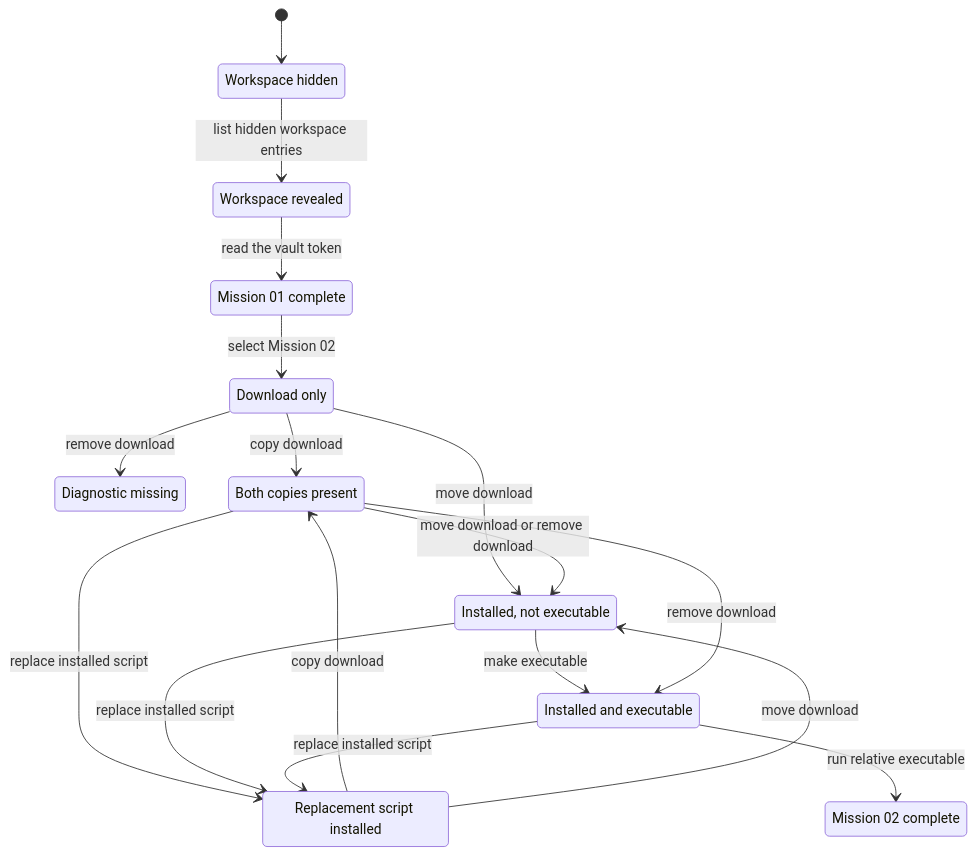
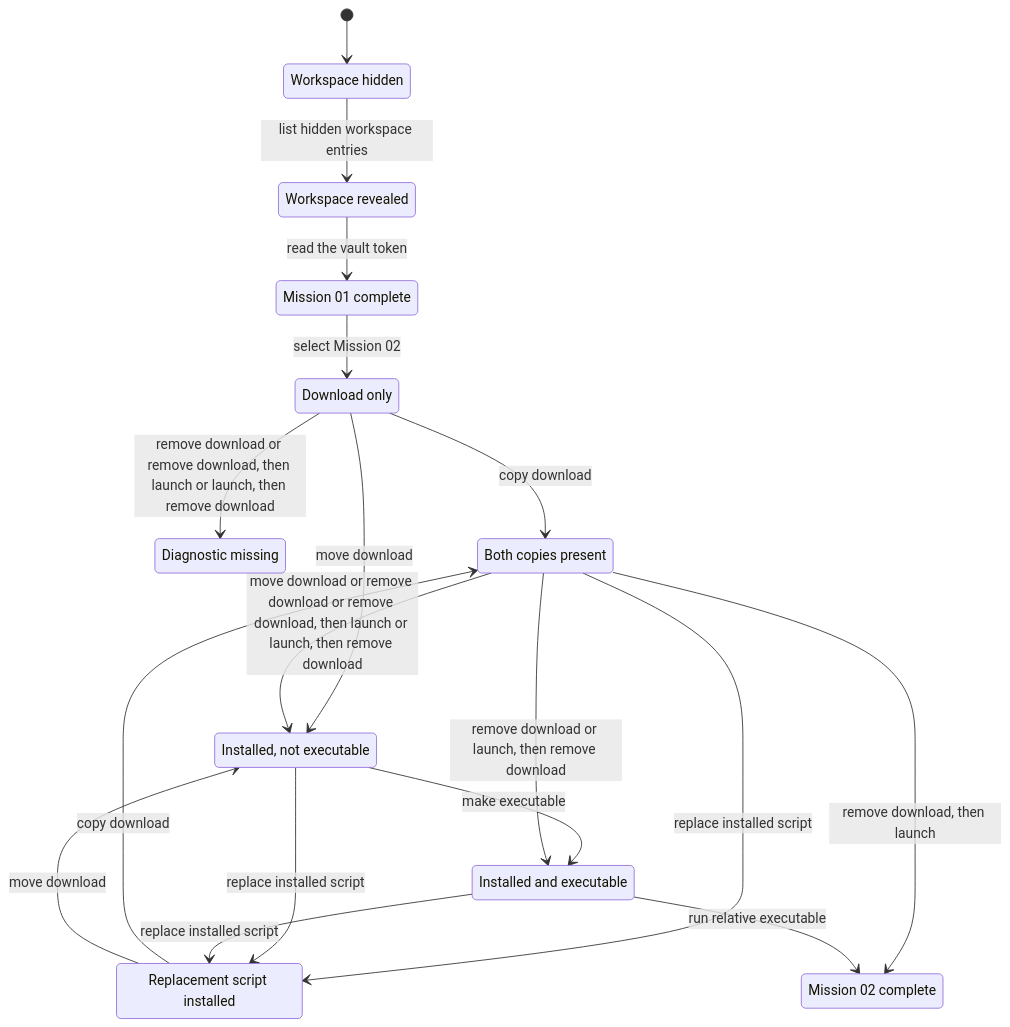
One commit to hkust-asc/linux-quest changed the first of 3 diagrams in formal/Mission/charts.md. Above: the diagram before and after it, drawn with Mermaid. The commit also changed other lines of this file and 10 other files, not shown here.

Commit message:
Check Mission 02 download presence at launch

````diff
--- a/formal/Mission/charts.md
+++ b/formal/Mission/charts.md
@@ -5,29 +5,30 @@
 ```mermaid
 stateDiagram-v2
   s0: Workspace hidden
   s1: Workspace revealed
   s2: Mission 01 complete
   s3: Download only
   s4: Diagnostic missing
   s5: Both copies present
   s6: Installed, not executable
   s7: Replacement script installed
   s8: Installed and executable
   s9: Mission 02 complete
   [*] --> s0
   s0 --> s1: list hidden workspace entries
   s1 --> s2: read the vault token
   s2 --> s3: select Mission 02
-  s3 --> s4: remove download
+  s3 --> s4: remove download or remove download, then launch or launch, then remove download
   s3 --> s5: copy download
   s3 --> s6: move download
-  s5 --> s6: move download or remove download
+  s5 --> s6: move download or remove download or remove download, then launch or launch, then remove download
   s5 --> s7: replace installed script
   s6 --> s7: replace installed script
   s6 --> s8: make executable
   s7 --> s5: copy download
   s7 --> s6: move download
-  s5 --> s8: remove download
+  s5 --> s8: remove download or launch, then remove download
   s8 --> s7: replace installed script
+  s5 --> s9: remove download, then launch
   s8 --> s9: run relative executable
 ```
````
